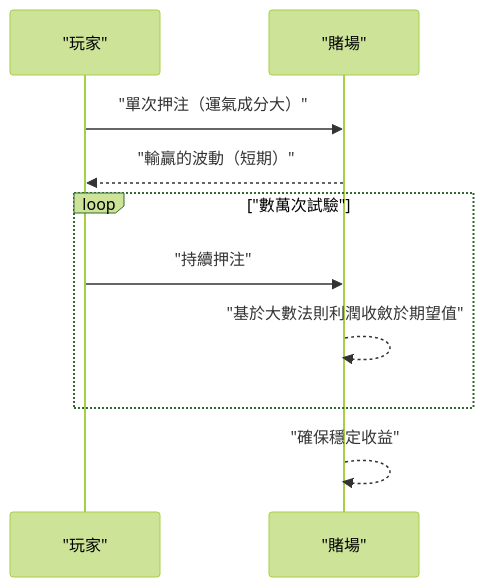
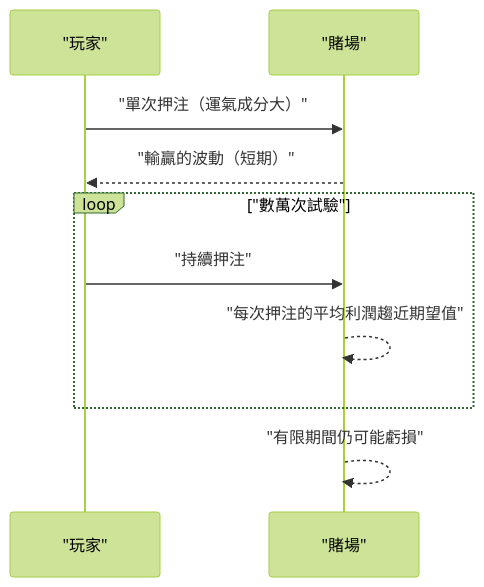
The second of 2 diagrams in content/post/law-of-large-numbers/index.zh-tw.md (kenjinote/blog), drawn with Mermaid (forest theme) before and after one commit. The commit also changed other lines of this file and 12 other files, not shown here.

````diff
--- a/content/post/law-of-large-numbers/index.zh-tw.md
+++ b/content/post/law-of-large-numbers/index.zh-tw.md
@@ -53,12 +53,12 @@
 ```mermaid
 sequenceDiagram
     participant P as "玩家"
     participant C as "賭場"
     P->>C: "單次押注（運氣成分大）"
     C-->>P: "輸贏的波動（短期）"
     loop "數萬次試驗"
         P->>C: "持續押注"
-        C-->>C: "基於大數法則利潤收斂於期望值"
+        C-->>C: "每次押注的平均利潤趨近期望值"
     end
-    C-->>C: "確保穩定收益"
+    C-->>C: "有限期間仍可能虧損"
 ```
````
